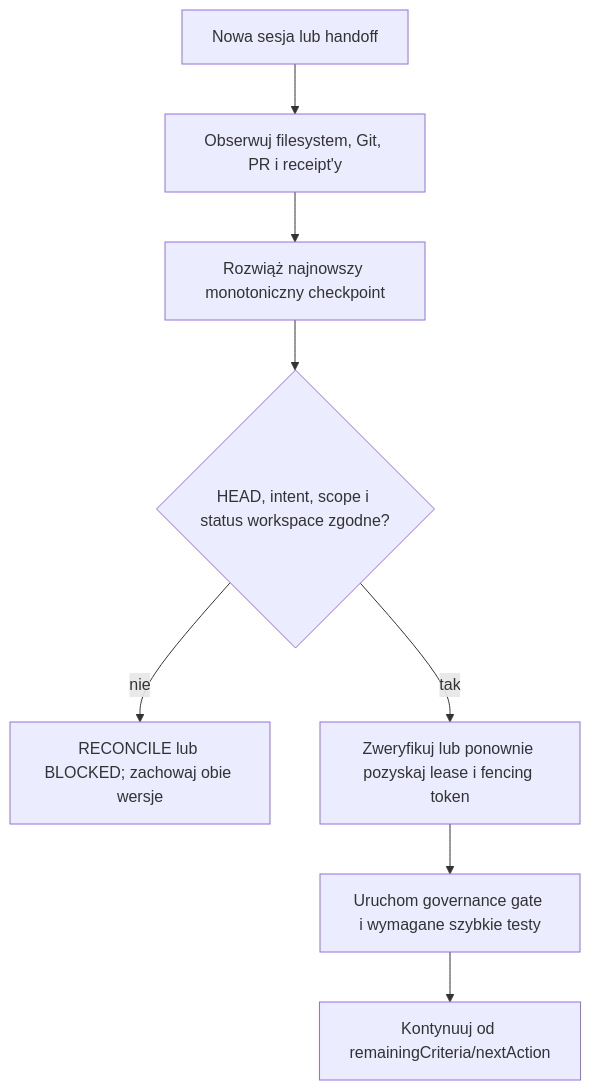
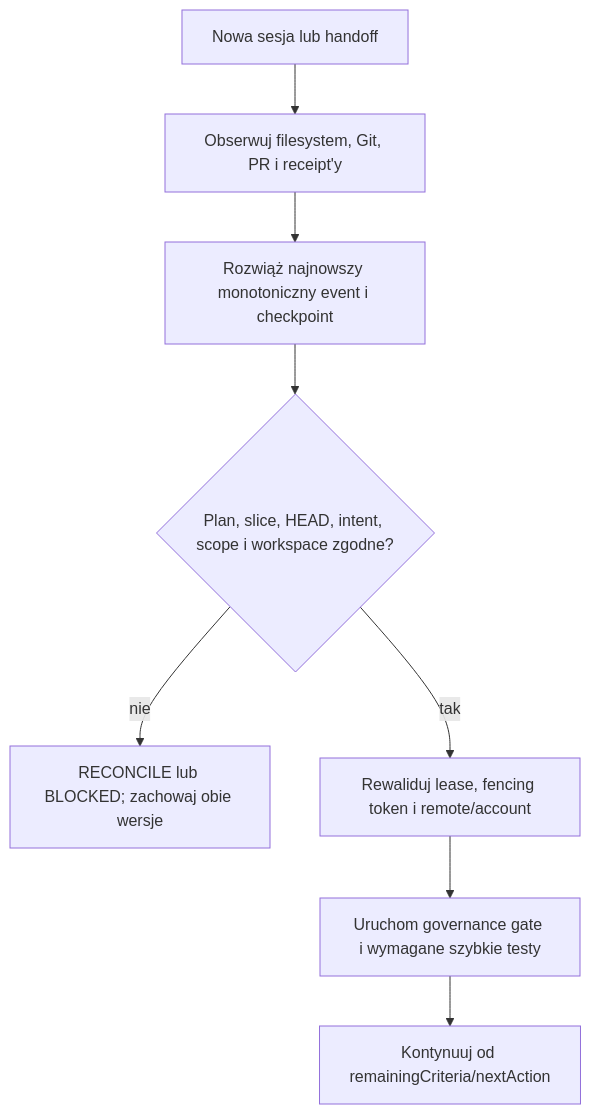
The diagram in docs/WORK_CONTINUITY.md (wellmanifest/new-project), drawn with Mermaid before and after one commit. The commit also changed other lines of this file and 25 other files, not shown here.

````diff
--- a/docs/WORK_CONTINUITY.md
+++ b/docs/WORK_CONTINUITY.md
@@ -75,10 +82,10 @@
 ```mermaid
 flowchart TD
     A[Nowa sesja lub handoff] --> B[Obserwuj filesystem, Git, PR i receipt'y]
-    B --> C[Rozwiąż najnowszy monotoniczny checkpoint]
-    C --> D{HEAD, intent, scope i status workspace zgodne?}
+    B --> C[Rozwiąż najnowszy monotoniczny event i checkpoint]
+    C --> D{Plan, slice, HEAD, intent, scope i workspace zgodne?}
     D -- nie --> E[RECONCILE lub BLOCKED; zachowaj obie wersje]
-    D -- tak --> F[Zweryfikuj lub ponownie pozyskaj lease i fencing token]
+    D -- tak --> F[Rewaliduj lease, fencing token i remote/account]
     F --> G[Uruchom governance gate i wymagane szybkie testy]
     G --> H[Kontynuuj od remainingCriteria/nextAction]
 ```
````
